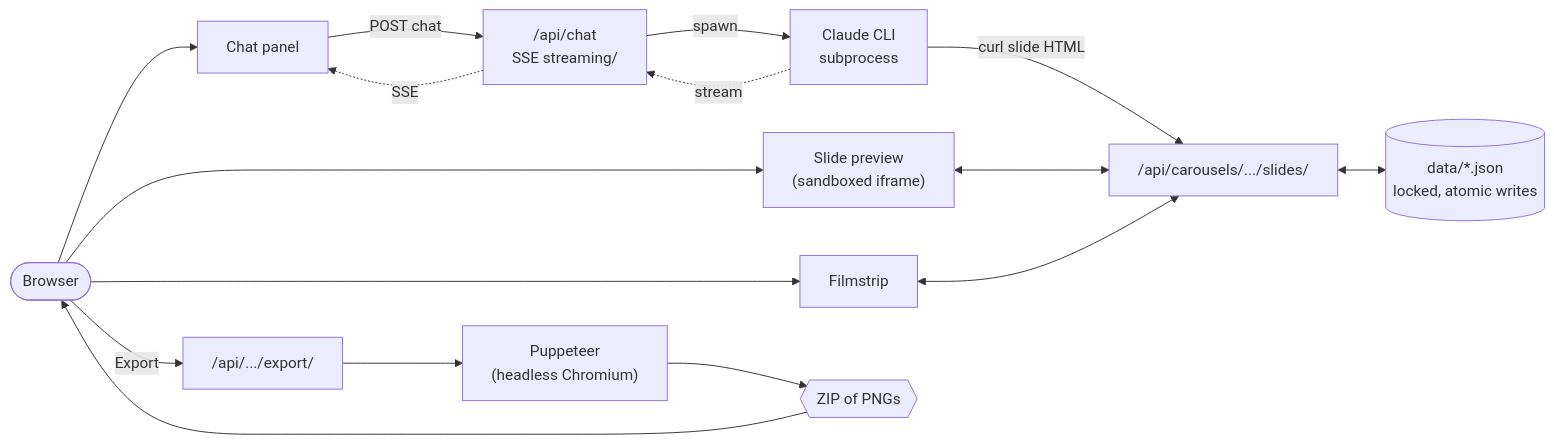
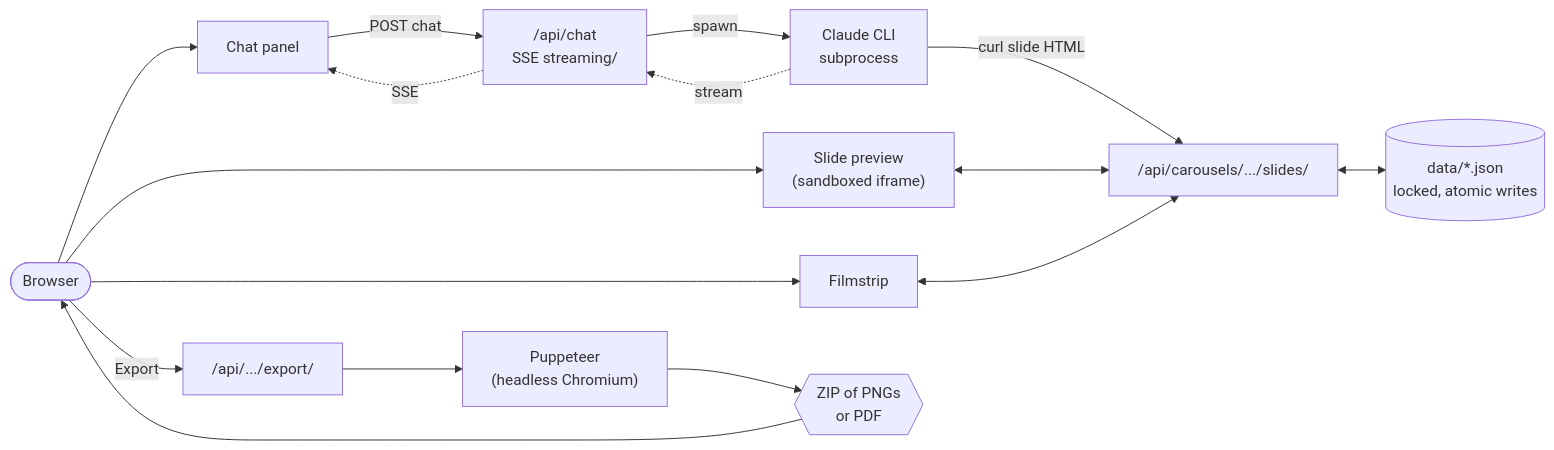
The diagram in README.md (manishkumarglobal/framewoven), drawn with Mermaid before and after one commit. The commit also changed other lines of this file and 13 other files, not shown here.

````diff
--- a/README.md
+++ b/README.md
@@ -205,28 +216,28 @@
 ```mermaid
 flowchart LR
   U(["Browser"])
   C["Chat panel"]
   P["Slide preview<br/>(sandboxed iframe)"]
   F["Filmstrip"]
   API["/api/chat<br/>SSE streaming/"]
   CCLI["Claude CLI<br/>subprocess"]
   SLIDES["/api/carousels/.../slides/"]
   DATA[("data/*.json<br/>locked, atomic writes")]
   EXP["/api/.../export/"]
   PUP["Puppeteer<br/>(headless Chromium)"]
-  ZIP{{"ZIP of PNGs"}}
+  ZIP{{"ZIP of PNGs<br/>or PDF"}}
 
   U --> C & P & F
   C -- "POST chat" --> API
   API -- "spawn" --> CCLI
   CCLI -. "stream" .-> API
   API -. "SSE" .-> C
   CCLI -- "curl slide HTML" --> SLIDES
   SLIDES <--> DATA
   P <--> SLIDES
   F <--> SLIDES
   U -- "Export" --> EXP
   EXP --> PUP
   PUP --> ZIP
   ZIP --> U
 ```
````
